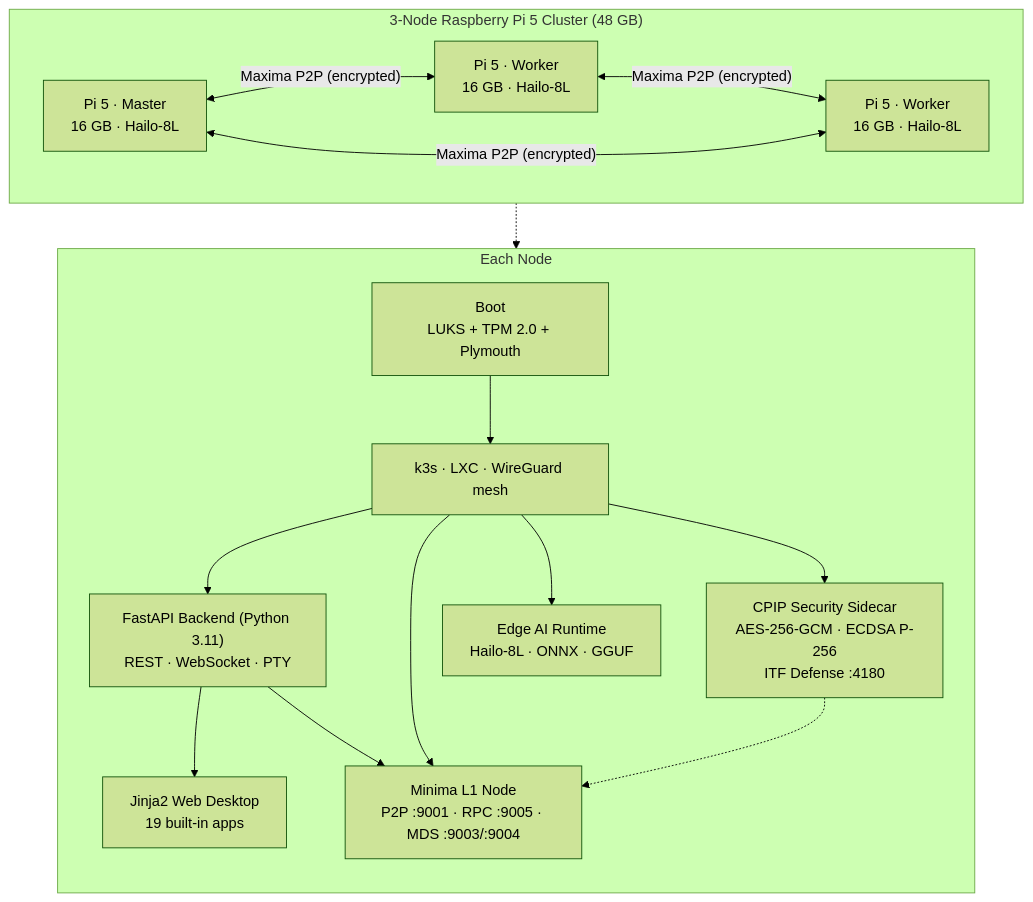
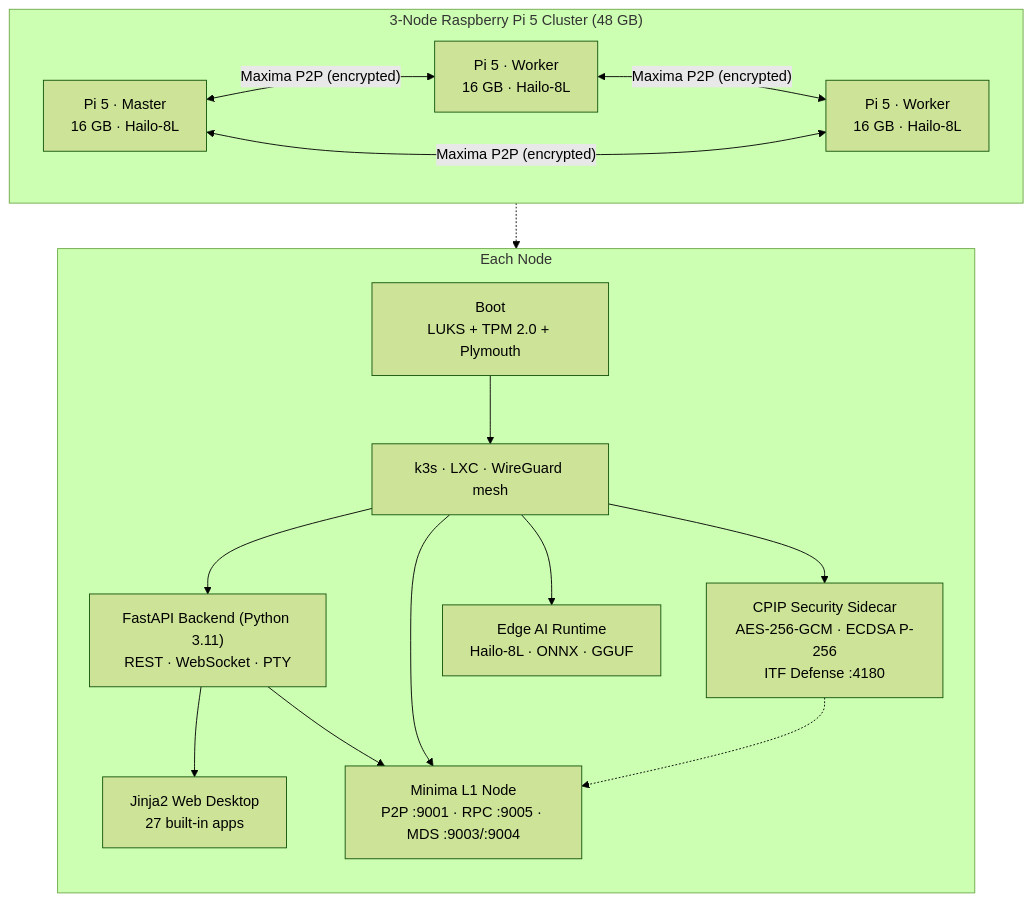
Before and after one commit to WilliamMajanja/Minima-PiNet-Os: the diagram in README.md, drawn with Mermaid (forest theme). The commit also changed other lines of this file and 81 other files, not shown here.

````diff
--- a/README.md
+++ b/README.md
@@ -57,31 +57,31 @@
 ```mermaid
 flowchart TB
     subgraph Cluster["3-Node Raspberry Pi 5 Cluster (48 GB)"]
         direction LR
         N1["Pi 5 · Master<br/>16 GB · Hailo-8L"]
         N2["Pi 5 · Worker<br/>16 GB · Hailo-8L"]
         N3["Pi 5 · Worker<br/>16 GB · Hailo-8L"]
         N1 <-->|"Maxima P2P (encrypted)"| N2
         N2 <-->|"Maxima P2P (encrypted)"| N3
         N1 <-->|"Maxima P2P (encrypted)"| N3
     end
 
     subgraph Node["Each Node"]
         direction TB
         BOOT["Boot<br/>LUKS + TPM 2.0 + Plymouth"]
         K3S["k3s · LXC · WireGuard mesh"]
         MIN["Minima L1 Node<br/>P2P :9001 · RPC :9005 · MDS :9003/:9004"]
         CPIP["CPIP Security Sidecar<br/>AES-256-GCM · ECDSA P-256<br/>ITF Defense :4180"]
         API["FastAPI Backend (Python 3.11)<br/>REST · WebSocket · PTY"]
-        UI["Jinja2 Web Desktop<br/>19 built-in apps"]
+        UI["Jinja2 Web Desktop<br/>27 built-in apps"]
         AI["Edge AI Runtime<br/>Hailo-8L · ONNX · GGUF"]
         BOOT --> K3S --> API --> UI
         K3S --> MIN
         K3S --> AI
         K3S --> CPIP
         API --> MIN
         CPIP -.-> MIN
     end
 
     Cluster -.-> Node
 ```
````
